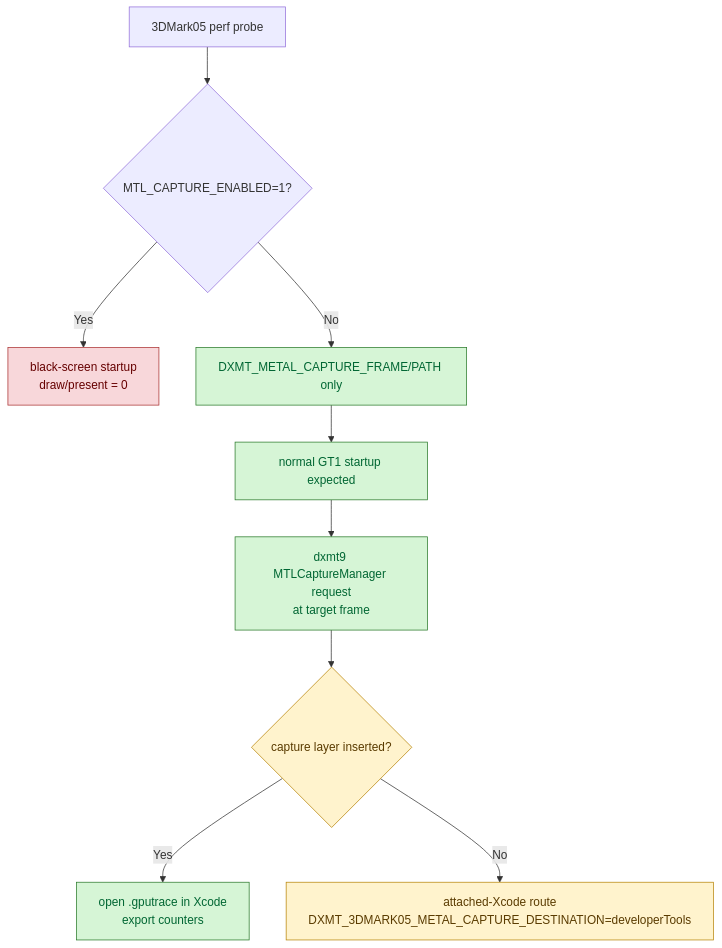
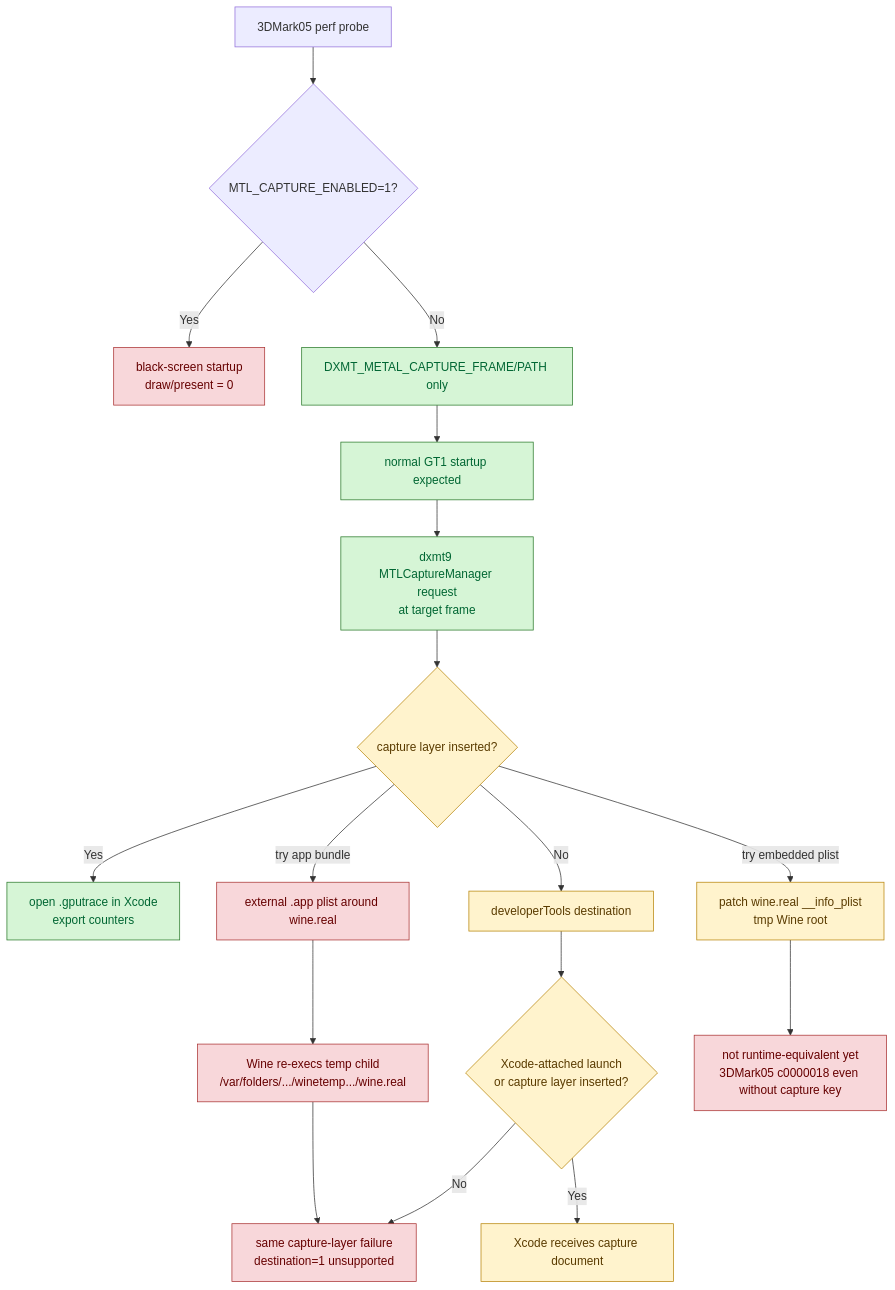
The diagram in docs/perfomance/baselines/baselines-gputrace-capture.01.md (dfdgsdfg/dxmt9), drawn with Mermaid before and after one commit. The commit also changed other lines of this file and 60 other files, not shown here.

````diff
--- a/docs/perfomance/baselines/baselines-gputrace-capture.01.md
+++ b/docs/perfomance/baselines/baselines-gputrace-capture.01.md
@@ -105,18 +175,26 @@
 ```mermaid
 flowchart TD
   Start["3DMark05 perf probe"] --> CaptureEnv{"MTL_CAPTURE_ENABLED=1?"}
   CaptureEnv -- "Yes" --> Black["black-screen startup<br/>draw/present = 0"]
   CaptureEnv -- "No" --> DxmtCapture["DXMT_METAL_CAPTURE_FRAME/PATH only"]
   DxmtCapture --> Normal["normal GT1 startup expected"]
   Normal --> GpuTrace["dxmt9 MTLCaptureManager request<br/>at target frame"]
   GpuTrace --> Layer{"capture layer inserted?"}
   Layer -- "Yes" --> Xcode["open .gputrace in Xcode<br/>export counters"]
-  Layer -- "No" --> DevTools["attached-Xcode route<br/>DXMT_3DMARK05_METAL_CAPTURE_DESTINATION=developerTools"]
+  Layer -- "No" --> DevTools["developerTools destination"]
+  DevTools --> DevLayer{"Xcode-attached launch<br/>or capture layer inserted?"}
+  DevLayer -- "No" --> DevFail["same capture-layer failure<br/>destination=1 unsupported"]
+  DevLayer -- "Yes" --> XcodeCapture["Xcode receives capture document"]
+  Layer -- "try app bundle" --> AppBundle["external .app plist around wine.real"]
+  AppBundle --> WineTemp["Wine re-execs temp child<br/>/var/folders/.../winetemp.../wine.real"]
+  WineTemp --> DevFail
+  Layer -- "try embedded plist" --> TmpRoot["patch wine.real __info_plist<br/>tmp Wine root"]
+  TmpRoot --> TmpInvalid["not runtime-equivalent yet<br/>3DMark05 c0000018 even without capture key"]
 
   classDef accepted fill:#d6f5d6,stroke:#2b7a2b,color:#063
   classDef pending fill:#fff3cd,stroke:#b8860b,color:#5a3b00
   classDef rejected fill:#f8d7da,stroke:#a33,color:#600
   class DxmtCapture,Normal,GpuTrace,Xcode accepted
-  class Layer,DevTools pending
-  class Black rejected
+  class Layer,DevTools,DevLayer,XcodeCapture,TmpRoot pending
+  class Black,DevFail,AppBundle,WineTemp,TmpInvalid rejected
 ```
````
